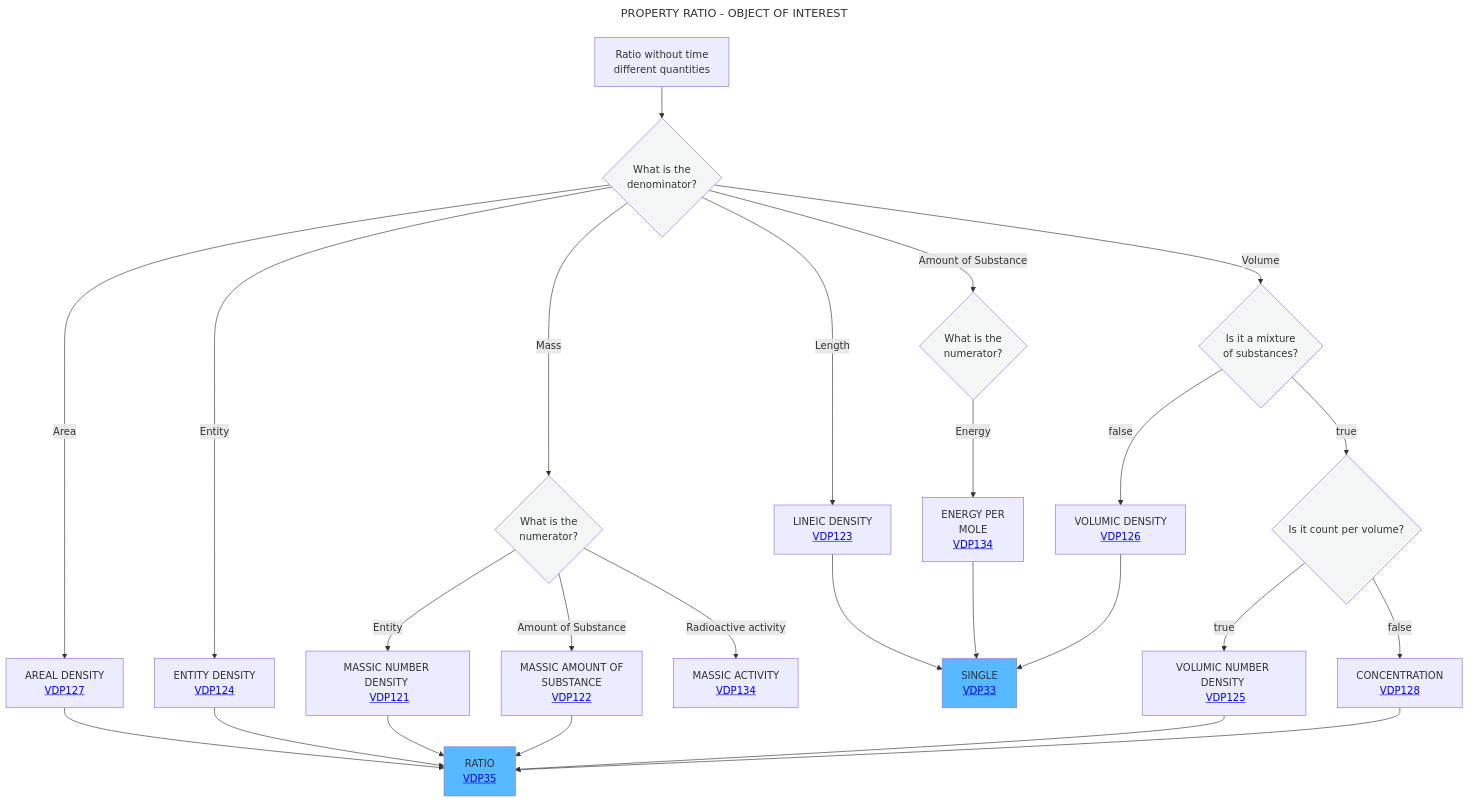
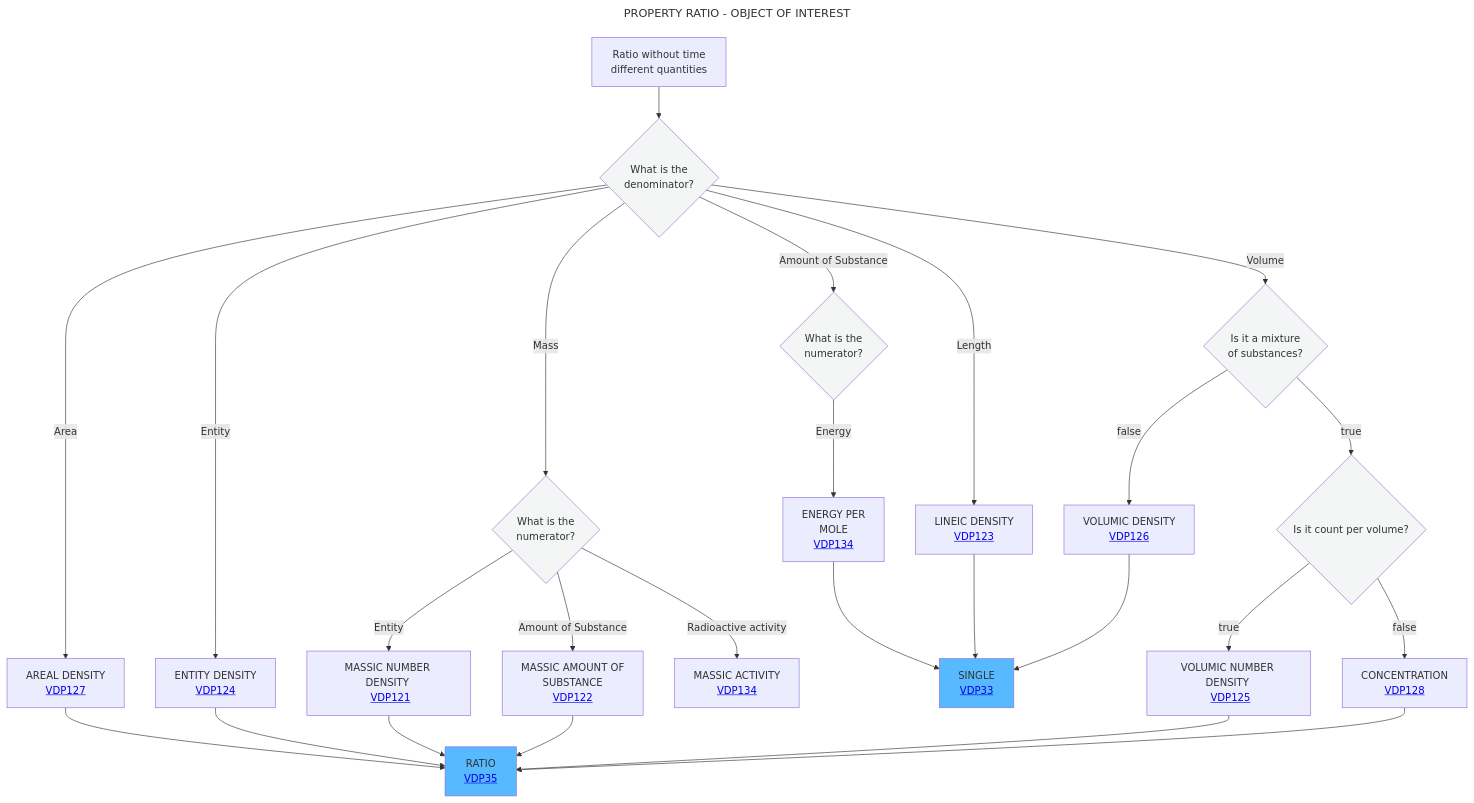
The diagram in Decisition_trees/DT5.mmd (mabablue/I-ADOPT-patterns-playground), drawn with Mermaid before and after one commit. The commit also changed other lines of this file, not shown here.

```diff
--- a/Decisition_trees/DT5.mmd
+++ b/Decisition_trees/DT5.mmd
@@ -1,32 +1,32 @@
 ---
 title: PROPERTY RATIO - OBJECT OF INTEREST
 ---
 flowchart TD
     A[Ratio without time <br> different quantities] --> B{What is the <br> denominator?}:::white
     B -- Area -->C[AREAL DENSITY <br> <a href='https://github.com/mabablue/I-ADOPT-patterns-playground/blob/main/pattern/VDP127.yaml'>VDP127</a>]
     B -- Entity -->F[ENTITY DENSITY <br> <a href='https://github.com/mabablue/I-ADOPT-patterns-playground/blob/main/pattern/VDP124.yaml'>VDP124</a>]
     B -- Mass -->E{What is the <br> numerator?}:::white
+    B -- Amount of Substance --> R{What is the <br> numerator?}:::white
     B -- Length -->D[LINEIC DENSITY <br> <a href='https://github.com/mabablue/I-ADOPT-patterns-playground/blob/main/pattern/VDP123.yaml'>VDP123</a>]
-    B -- Amount of Substance --> R{What is the <br> numerator?}:::white
     E -- Entity --> L[MASSIC NUMBER DENSITY <br> <a href='https://github.com/mabablue/I-ADOPT-patterns-playground/blob/main/pattern/VDP121.yaml'>VDP121</a>]
     E -- Amount of Substance --> P[MASSIC AMOUNT OF <br> SUBSTANCE <br> <a href='https://github.com/mabablue/I-ADOPT-patterns-playground/blob/main/pattern/VDP122.yaml'>VDP122</a>]
     E -- Radioactive activity --> Q[MASSIC ACTIVITY <br> <a href='https://github.com/mabablue/I-ADOPT-patterns-playground/blob/main/pattern/VDP134.yaml'>VDP134</a>]
     B -- Volume -->G{Is it a mixture <br> of substances?}:::white
     G --> |false|H[VOLUMIC DENSITY <br> <a href='https://github.com/mabablue/I-ADOPT-patterns-playground/blob/main/pattern/VDP126.yaml'>VDP126</a>]
     G--> |true|J{Is it count per volume?}:::white
     J --> |true|I[VOLUMIC NUMBER DENSITY <br> <a href='https://github.com/mabablue/I-ADOPT-patterns-playground/blob/main/pattern/VDP125.yaml'>VDP125</a>]
     J --> |false|M[CONCENTRATION <br> <a href='https://github.com/mabablue/I-ADOPT-patterns-playground/blob/main/pattern/VDP128.yaml'>VDP128</a>]
     I --> N
     C --> N[RATIO <br> <a href='https://github.com/mabablue/I-ADOPT-patterns-playground/blob/main/pattern/VDP35.yaml'>VDP35</a>]:::satblue
     F --> N
     D --> O[SINGLE <br> <a href='https://github.com/mabablue/I-ADOPT-patterns-playground/blob/main/pattern/VDP33.yaml'>VDP33</a>]:::satblue
     R -- Energy --> S[ENERGY PER <br> MOLE <br> <a href='https://github.com/mabablue/I-ADOPT-patterns-playground/blob/main/pattern/VDP134.yaml'>VDP134</a>]
     H --> O
     L --> N
     P --> N
     M --> N
     S --> O
    classDef blue fill:#90D5FF
    classDef satblue fill:#57B9FF 
    classDef white fill:#f3f6f4
    classDef green fill:#6aa84f
```
